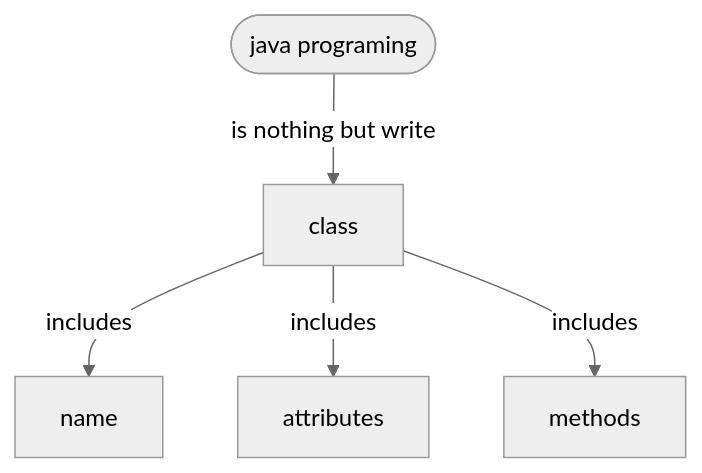
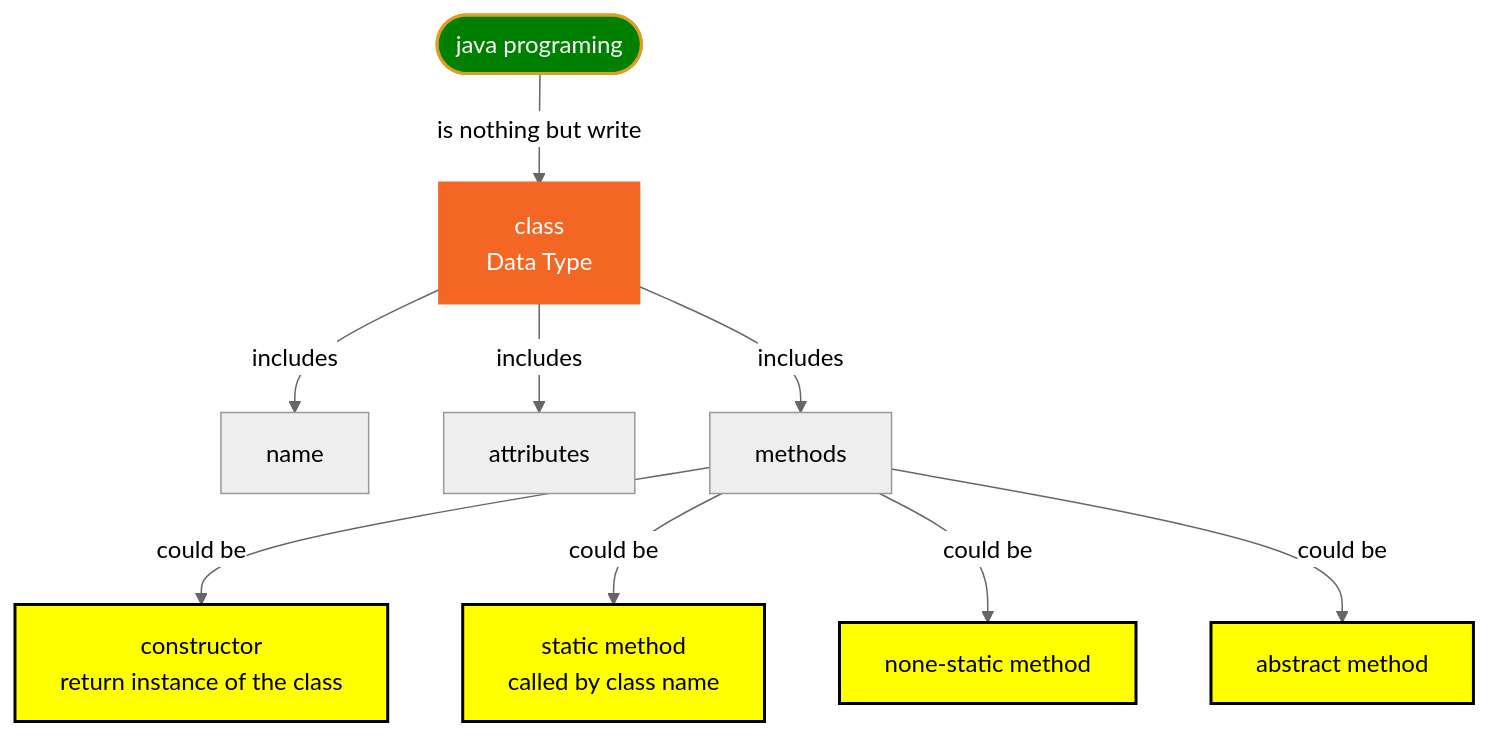
The third of 36 diagrams in doc/java.md (jwang1122/java), drawn with Mermaid (neutral theme) before and after one commit. The commit also changed other lines of this file and 17 other files, not shown here.

````diff
--- a/doc/java.md
+++ b/doc/java.md
@@ -374,12 +492,25 @@
 ```mermaid
 graph TB
 
 A([java programing])
-B[class]
+B[class<br>Data Type]
 C[name]
 D[attributes]
 E[methods]
+F[constructor<br>return instance of the class]
+G[static method<br>called by class name]
+H[none-static method]
+I[abstract method]
 
 A --is nothing but write--> B
 B --includes--> C & D & E
+E --could be --> F & G & H & I
+
+classDef start fill:green,stroke:#DE9E1F,stroke-width:2px,color:white;
+classDef process fill:#F46624,stroke:#F46624,stroke-width:4px,color:white;
+classDef js fill:yellow,stroke:black,stroke-width:2px;
+
+class A start
+class B process
+class F,G,H,I js
 ```
````
